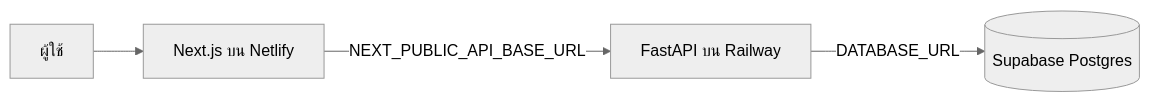
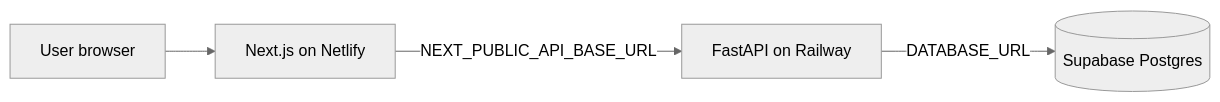
The diagram in docs/deployment.md (pheuangvichithkeokisith-del/next-path), drawn with Mermaid (neutral theme) before and after one commit. The commit also changed other lines of this file and 6 other files, not shown here.

````diff
--- a/docs/deployment.md
+++ b/docs/deployment.md
@@ -19,6 +19,6 @@
 ```mermaid
 flowchart LR
-    User[ผู้ใช้] --> Frontend[Next.js บน Netlify]
-    Frontend -->|NEXT_PUBLIC_API_BASE_URL| Backend[FastAPI บน Railway]
+    User[User browser] --> Frontend[Next.js on Netlify]
+    Frontend -->|NEXT_PUBLIC_API_BASE_URL| Backend[FastAPI on Railway]
     Backend -->|DATABASE_URL| Database[(Supabase Postgres)]
 ```
````
